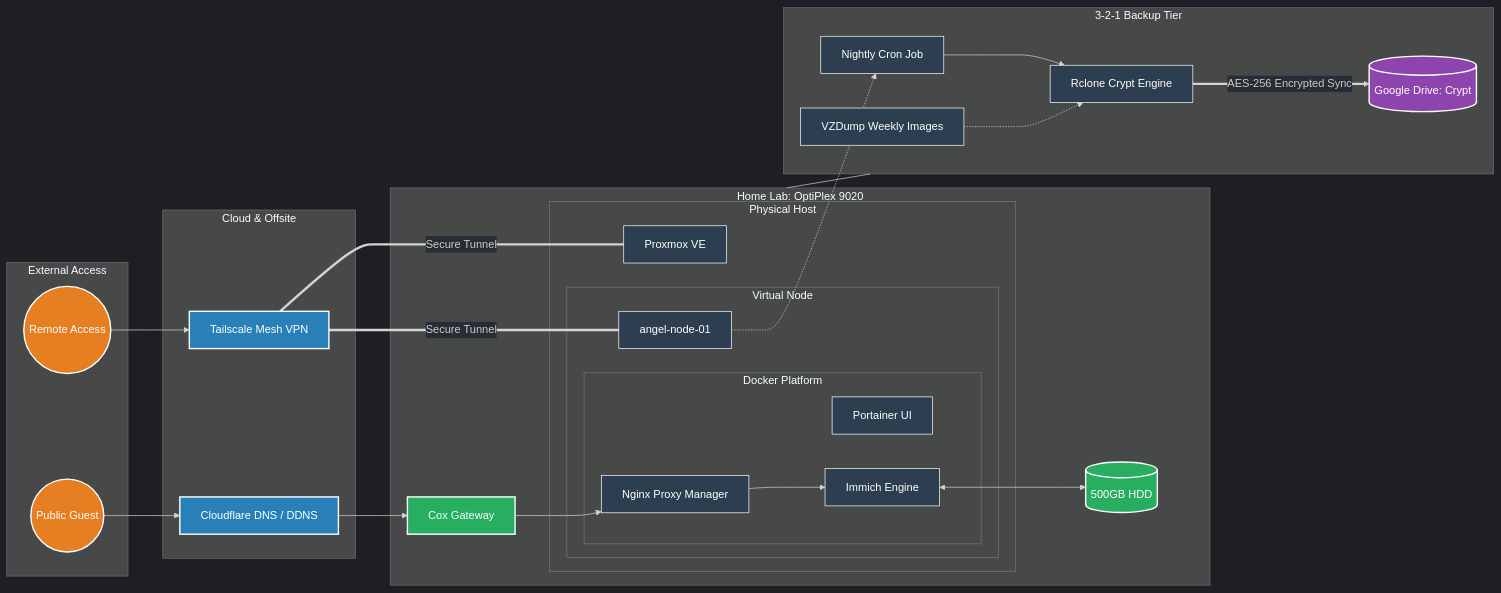
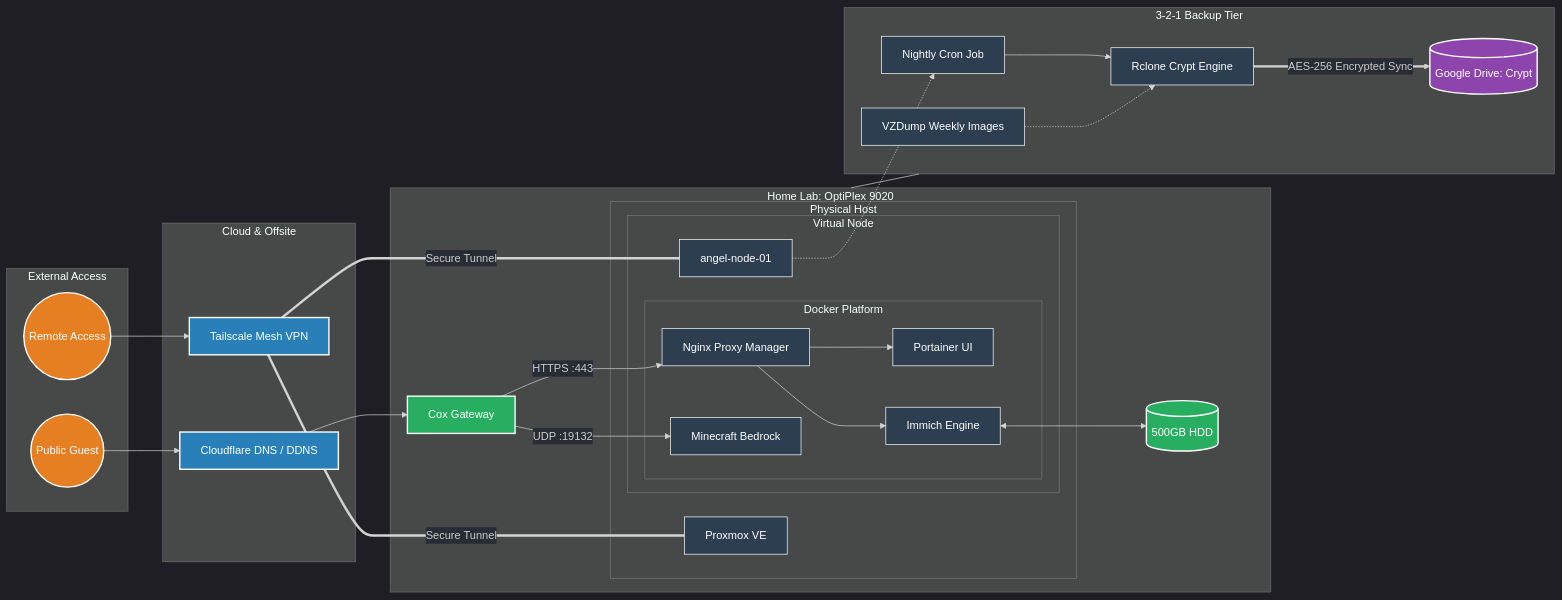
Before and after one commit to AndrewMacGregor1/Angel-Server-Lab: the diagram in README.md, drawn with Mermaid. The commit also changed other lines of this file and 10 other files, not shown here.

````diff
--- a/README.md
+++ b/README.md
@@ -9,71 +9,76 @@
 ```mermaid
 %%{init: {'theme': 'dark', 'themeVariables': { 'primaryColor': '#2ecc71', 'edgeLabelBackground':'#282c34', 'tertiaryColor': '#282c34'}}}%%
 graph LR
     %% Custom Styles
     classDef internet fill:#e67e22,stroke:#fff,stroke-width:2px,color:#fff;
     classDef cloud fill:#2980b9,stroke:#fff,stroke-width:2px,color:#fff;
     classDef home fill:#27ae60,stroke:#fff,stroke-width:2px,color:#fff;
     classDef node fill:#2c3e50,stroke:#fff,stroke-width:1px,color:#fff;
     classDef storage fill:#8e44ad,stroke:#fff,stroke-width:2px,color:#fff;
 
     subgraph External ["External Access"]
         User((Remote Access)):::internet
         Guest((Public Guest)):::internet
     end
 
     subgraph Cloud ["Cloud & Offsite"]
         TS[Tailscale Mesh VPN]:::cloud
         CF[Cloudflare DNS / DDNS]:::cloud
     end
 
     subgraph Lab ["Home Lab: OptiPlex 9020"]
         Router[Cox Gateway]:::home
         
         subgraph Physical ["Physical Host"]
             PVE[Proxmox VE]:::node
             
             subgraph Virtual ["Virtual Node"]
                 OS[angel-node-01]:::node
                 
                 subgraph Docker ["Docker Platform"]
                     NPM[Nginx Proxy Manager]:::node
                     Portainer[Portainer UI]:::node
+                    MC[Minecraft Bedrock]:::node
                     Immich[Immich Engine]:::node
                 end
             end
         end
         HDD[(500GB HDD)]:::home
     end
 
     subgraph Backups ["3-2-1 Backup Tier"]
         VZDump[VZDump Weekly Images]:::node
         Cron[Nightly Cron Job]:::node
         Rclone[Rclone Crypt Engine]:::node
         GDRIVE[(Google Drive: Crypt)]:::storage
     end
 
     %% Force Horizontal Alignment and Clear Paths
     Lab --- Backups
     Cloud ~~~ Lab
 
     %% Traffic Flows (Direct Connections)
     User --> TS
     Guest --> CF
     
     %% Management Tunnels (Vertical drops to avoid VZDump)
     TS ===|Secure Tunnel| PVE
     TS ===|Secure Tunnel| OS
     
     CF --> Router
-    Router --> NPM
+    
+    %% Traffic Routing (As per Breakage Log INC-005)
+    Router -->|HTTPS :443| NPM
+    Router -->|UDP :19132| MC
     
     %% Service & Data
+    NPM --> Portainer
     NPM --> Immich
     Immich <--> HDD
     
     %% Backup Logic (Isolated to the right)
     OS -.-> Cron
     VZDump -.-> Rclone
     Cron --> Rclone
     Rclone ==>|AES-256 Encrypted Sync| GDRIVE
 ```
````
